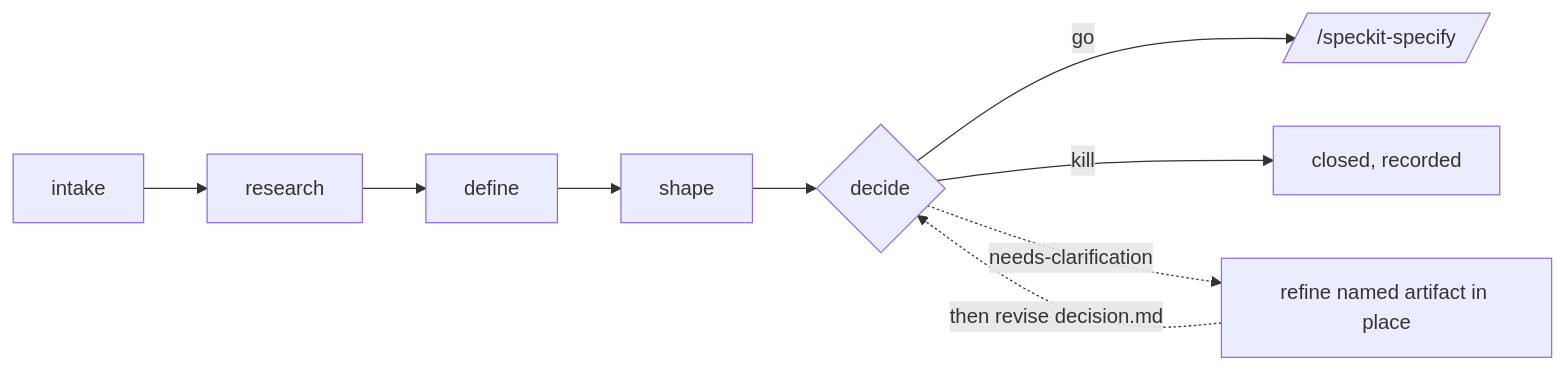
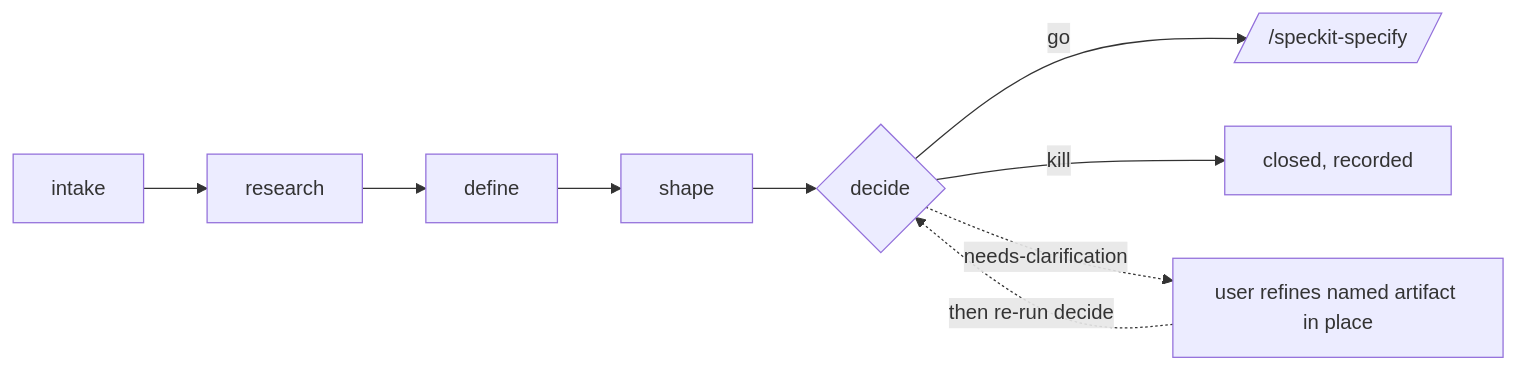
The diagram in extensions/assess/README.md (github/spec-kit), drawn with Mermaid before and after one commit. The commit also changed 3 other files, not shown here.

````diff
--- a/extensions/assess/README.md
+++ b/extensions/assess/README.md
@@ -24,8 +24,8 @@
 ```mermaid
 flowchart LR
     A[intake] --> R[research] --> D[define] --> S[shape] --> C{decide}
     C -->|go| SPEC[/"/speckit-specify"/]
     C -->|kill| X[closed, recorded]
-    C -.->|needs-clarification| F[refine named artifact in place]
-    F -.->|then revise decision.md| C
+    C -.->|needs-clarification| F[user refines named artifact in place]
+    F -.->|then re-run decide| C
 ```
````
